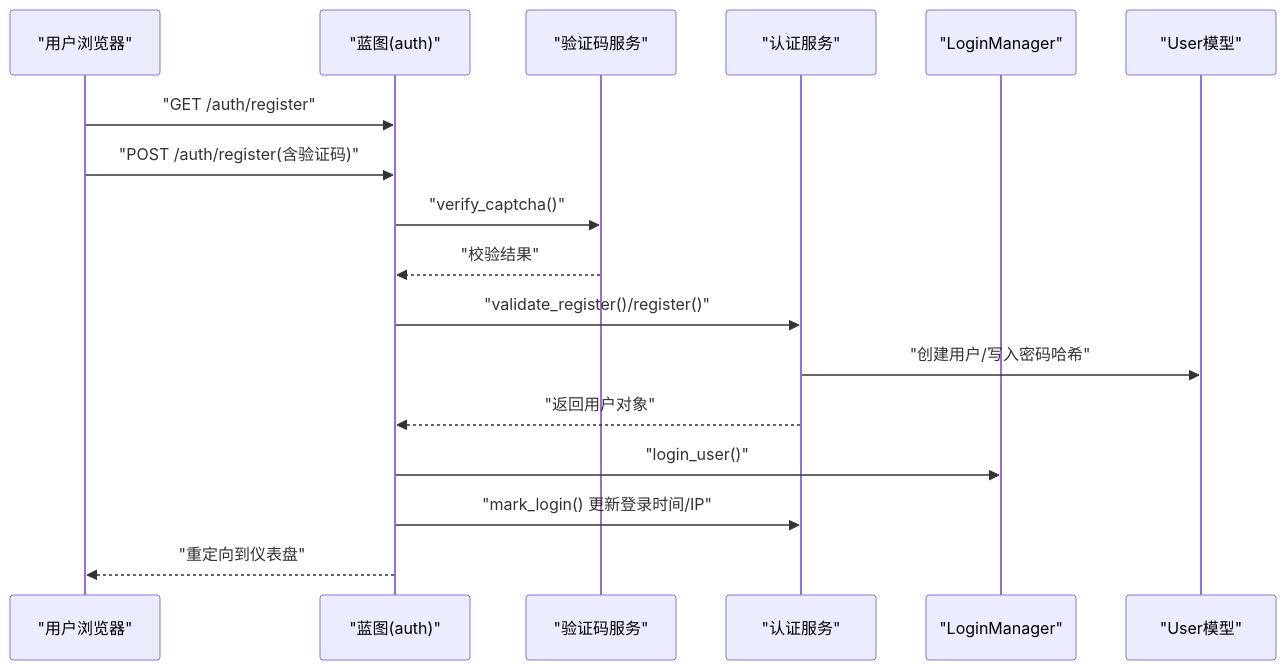
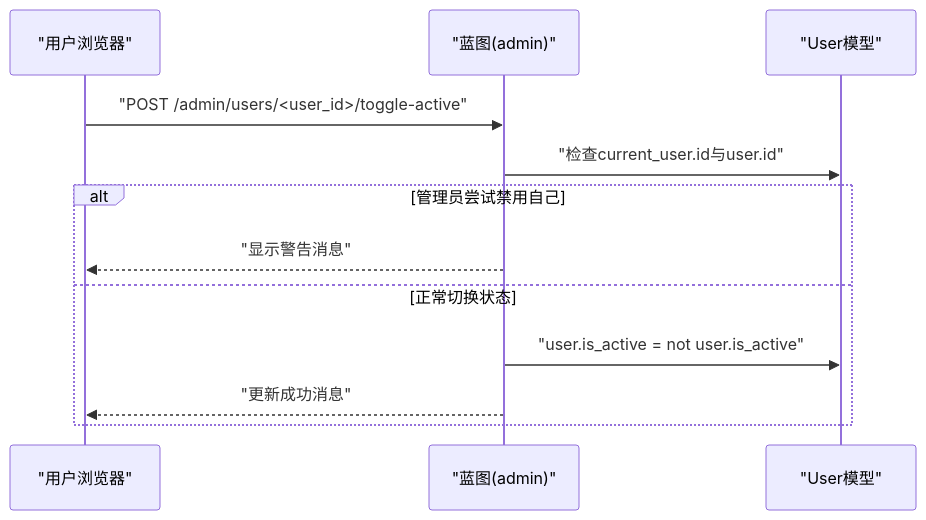
The second of 10 diagrams in .qoder/repowiki/zh/content/核心模块/用户系统模块/用户系统模块.md (beyondalbert/my_wiki), drawn with Mermaid before and after one commit. The commit also changed other lines of this file and 11 other files, not shown here.

````diff
--- a/.qoder/repowiki/zh/content/核心模块/用户系统模块/用户系统模块.md
+++ b/.qoder/repowiki/zh/content/核心模块/用户系统模块/用户系统模块.md
@@ -118,19 +146,14 @@
 ```mermaid
 sequenceDiagram
 participant U as "用户浏览器"
-participant BP as "蓝图(auth)"
-participant CAP as "验证码服务"
-participant AS as "认证服务"
-participant LM as "LoginManager"
+participant BP as "蓝图(admin)"
 participant US as "User模型"
-U->>BP : "GET /auth/register"
-U->>BP : "POST /auth/register(含验证码)"
-BP->>CAP : "verify_captcha()"
-CAP-->>BP : "校验结果"
-BP->>AS : "validate_register()/register()"
-AS->>US : "创建用户/写入密码哈希"
-AS-->>BP : "返回用户对象"
-BP->>LM : "login_user()"
-BP->>AS : "mark_login() 更新登录时间/IP"
-BP-->>U : "重定向到仪表盘"
+U->>BP : "POST /admin/users/<user_id>/toggle-active"
+BP->>US : "检查current_user.id与user.id"
+alt 管理员尝试禁用自己
+BP-->>U : "显示警告消息"
+else 正常切换状态
+BP->>US : "user.is_active = not user.is_active"
+BP-->>U : "更新成功消息"
+end
 ```
````
